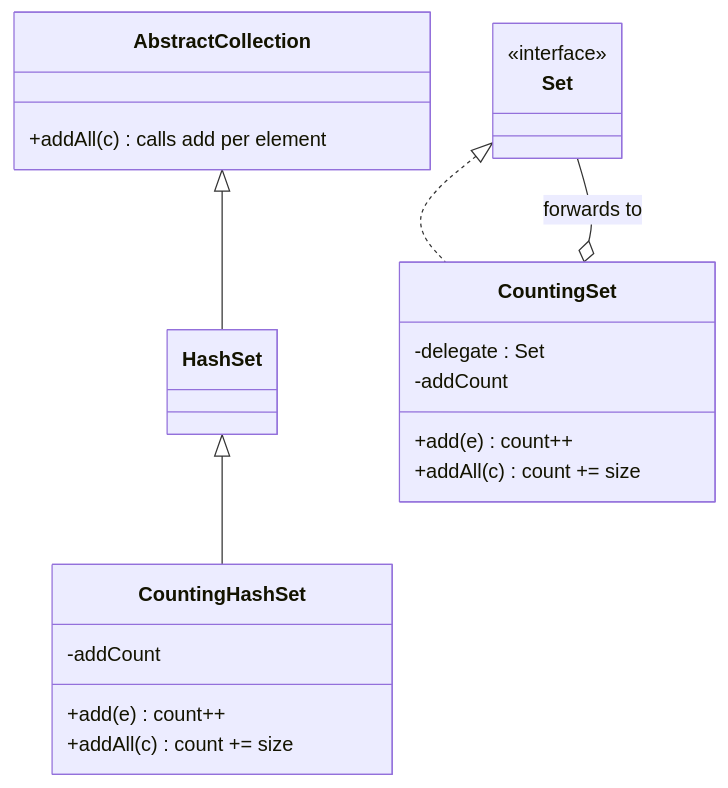
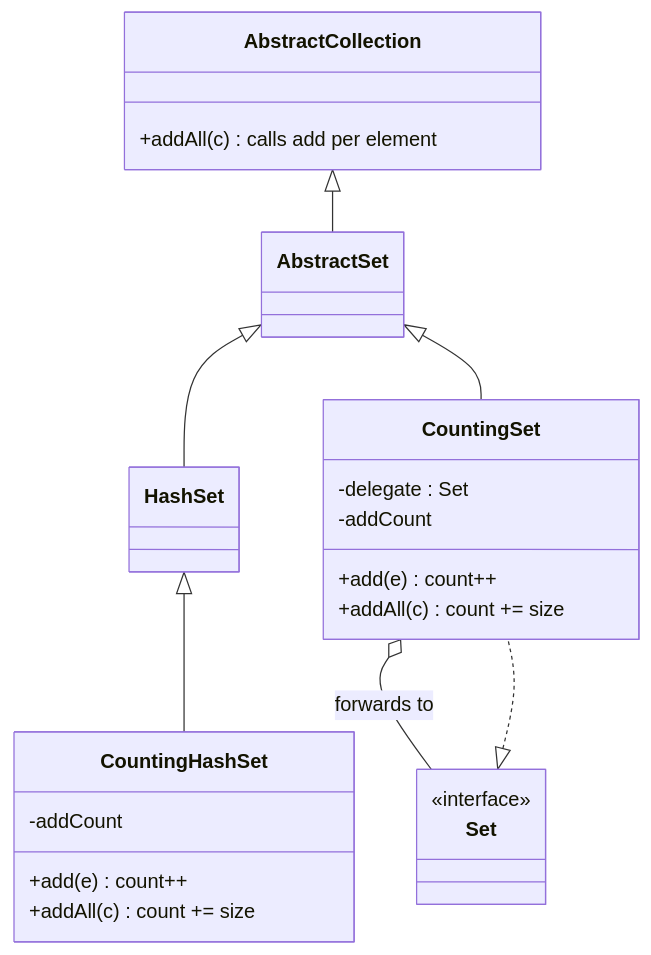
One commit to JQuintero2430/interview-preparation changed the sixth of 12 diagrams in java-backend-guide/modules/01-java-oop-fundamentals.md. Above: the diagram before and after it, drawn with Mermaid. The commit also changed other lines of this file and 79 other files, not shown here.

````diff
--- a/java-backend-guide/modules/01-java-oop-fundamentals.md
+++ b/java-backend-guide/modules/01-java-oop-fundamentals.md
@@ -697,25 +689,28 @@
 ```mermaid
 classDiagram
     class AbstractCollection {
         +addAll(c) calls add per element
     }
     class HashSet
     class CountingHashSet {
         -addCount
         +add(e) count++
         +addAll(c) count += size
     }
     class Set {
         <<interface>>
     }
     class CountingSet {
         -delegate : Set
         -addCount
         +add(e) count++
         +addAll(c) count += size
     }
-    AbstractCollection <|-- HashSet
+    class AbstractSet
+    AbstractCollection <|-- AbstractSet
+    AbstractSet <|-- HashSet
     HashSet <|-- CountingHashSet
+    AbstractSet <|-- CountingSet
     Set <|.. CountingSet
     CountingSet o-- Set : forwards to
 ```
````
